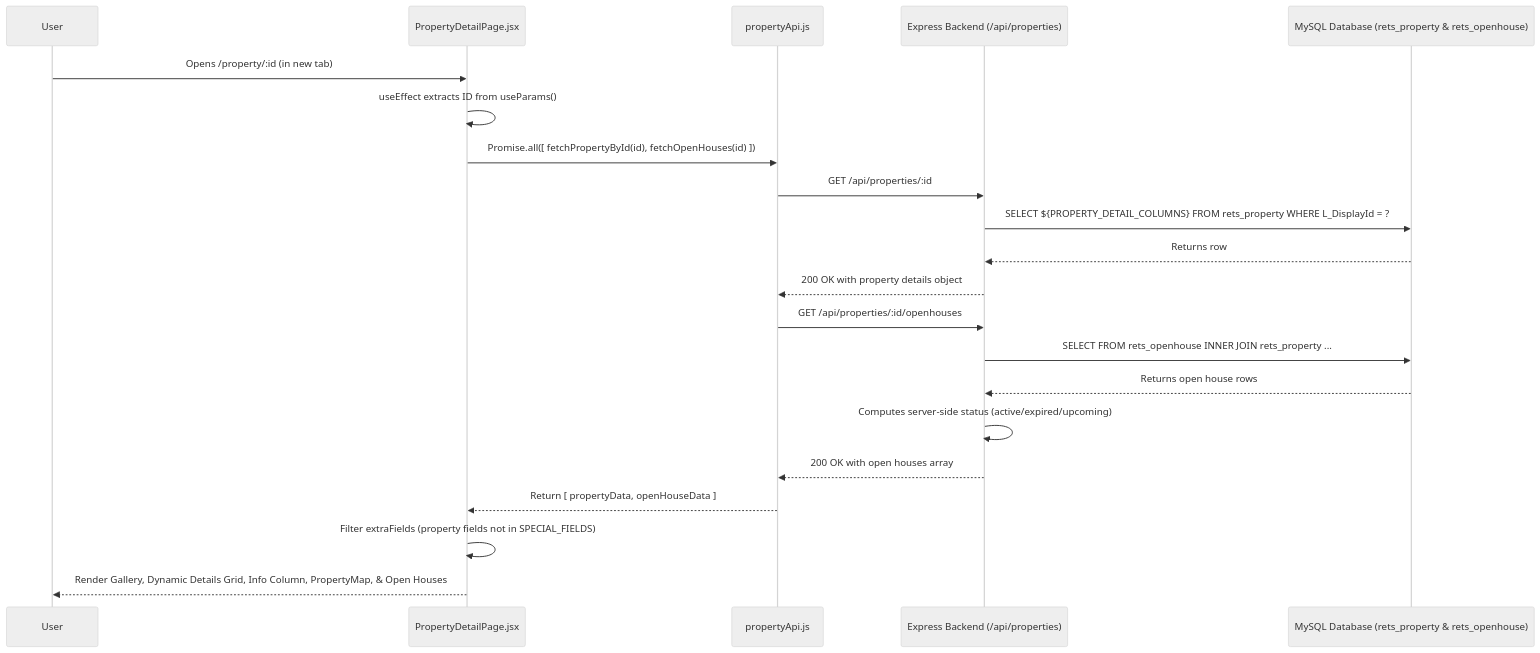
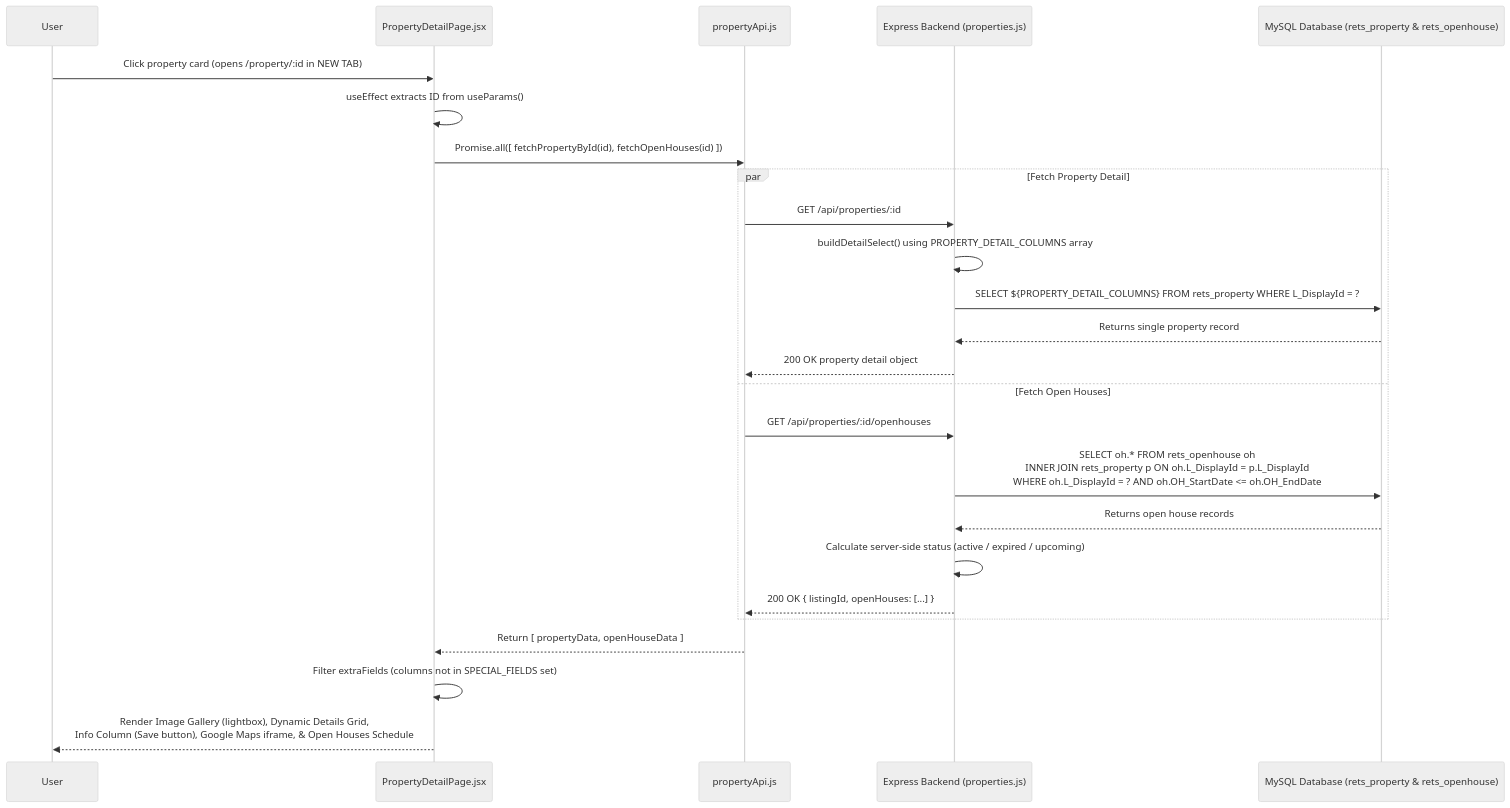
Before and after one commit to Franghias/SDE_Intern_IDXExchange: the fifth of 6 diagrams in frontend/FLOW.md, drawn with Mermaid (neutral theme). The commit also changed other lines of this file and 58 other files, not shown here.

````diff
--- a/frontend/FLOW.md
+++ b/frontend/FLOW.md
@@ -106,27 +181,30 @@
 ```mermaid
 sequenceDiagram
     participant User
     participant DP as PropertyDetailPage.jsx
     participant API as propertyApi.js
-    participant Backend as Express Backend (/api/properties)
+    participant Express as Express Backend (properties.js)
     participant DB as MySQL Database (rets_property & rets_openhouse)
 
-    User->>DP: Opens /property/:id (in new tab)
+    User->>DP: Click property card (opens /property/:id in NEW TAB)
     DP->>DP: useEffect extracts ID from useParams()
     DP->>API: Promise.all([ fetchPropertyById(id), fetchOpenHouses(id) ])
-    
-    API->>Backend: GET /api/properties/:id
-    Backend->>DB: SELECT ${PROPERTY_DETAIL_COLUMNS} FROM rets_property WHERE L_DisplayId = ?
-    DB-->>Backend: Returns row
-    Backend-->>API: 200 OK with property details object
 
-    API->>Backend: GET /api/properties/:id/openhouses
-    Backend->>DB: SELECT FROM rets_openhouse INNER JOIN rets_property ...
-    DB-->>Backend: Returns open house rows
-    Backend->>Backend: Computes server-side status (active/expired/upcoming)
-    Backend-->>API: 200 OK with open houses array
+    par Fetch Property Detail
+        API->>Express: GET /api/properties/:id
+        Express->>Express: buildDetailSelect() using PROPERTY_DETAIL_COLUMNS array
+        Express->>DB: SELECT ${PROPERTY_DETAIL_COLUMNS} FROM rets_property WHERE L_DisplayId = ?
+        DB-->>Express: Returns single property record
+        Express-->>API: 200 OK property detail object
+    and Fetch Open Houses
+        API->>Express: GET /api/properties/:id/openhouses
+        Express->>DB: SELECT oh.* FROM rets_openhouse oh<br/>INNER JOIN rets_property p ON oh.L_DisplayId = p.L_DisplayId<br/>WHERE oh.L_DisplayId = ? AND oh.OH_StartDate <= oh.OH_EndDate
+        DB-->>Express: Returns open house records
+        Express->>Express: Calculate server-side status (active / expired / upcoming)
+        Express-->>API: 200 OK { listingId, openHouses: [...] }
+    end
 
     API-->>DP: Return [ propertyData, openHouseData ]
-    DP->>DP: Filter extraFields (property fields not in SPECIAL_FIELDS)
-    DP-->>User: Render Gallery, Dynamic Details Grid, Info Column, PropertyMap, & Open Houses
+    DP->>DP: Filter extraFields (columns not in SPECIAL_FIELDS set)
+    DP-->>User: Render Image Gallery (lightbox), Dynamic Details Grid,<br/>Info Column (Save button), Google Maps iframe, & Open Houses Schedule
 ```
````
